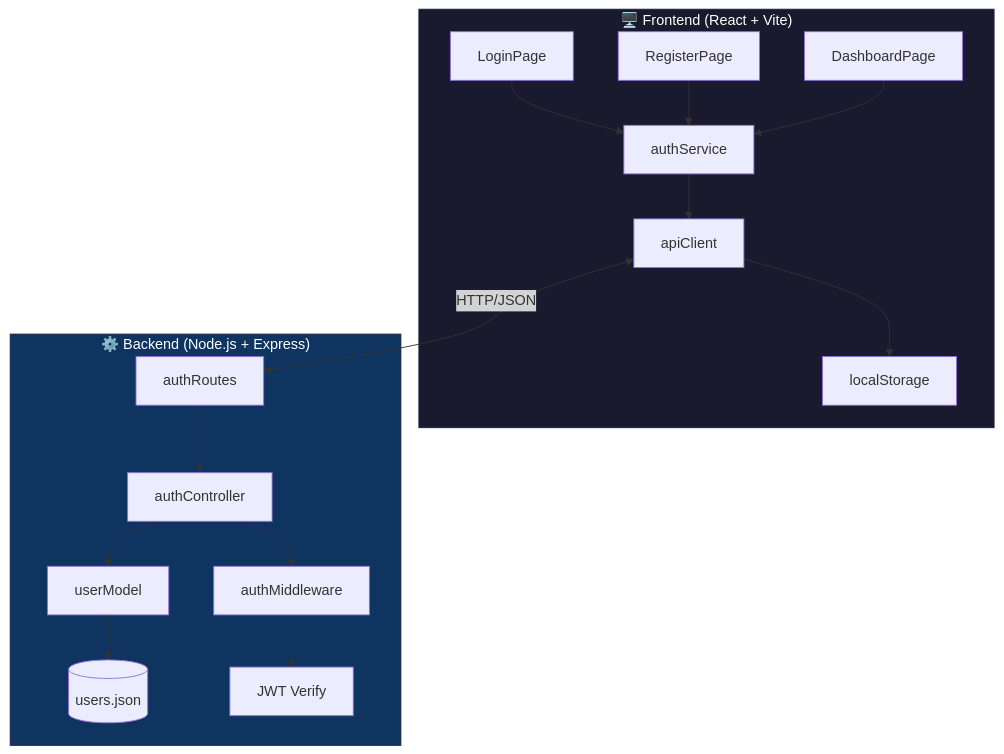
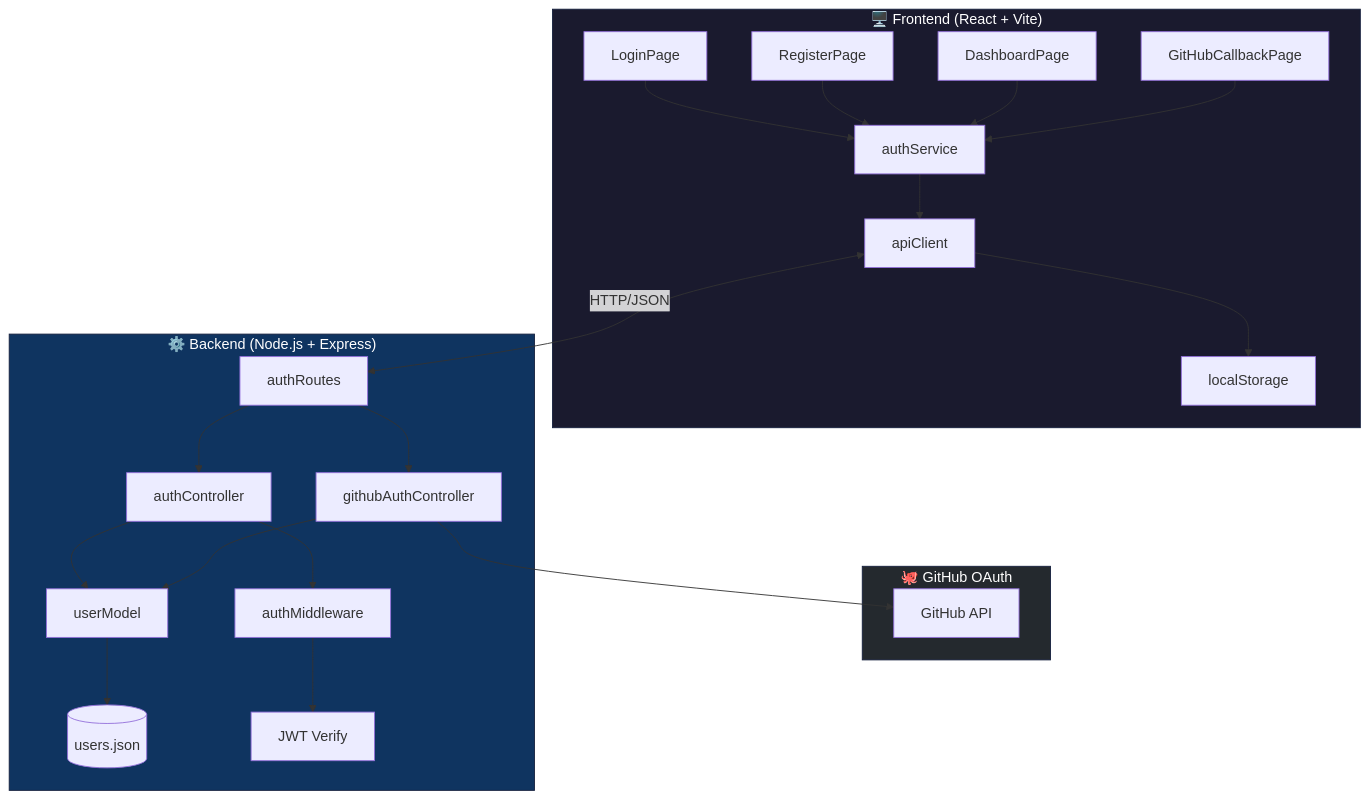
One commit to RodrigoSanchezDev/password-agencia-viajes-oeste-frontend-react-vite-auth changed the first of 3 diagrams in README.md. Above: the diagram before and after it, drawn with Mermaid. The commit also changed other lines of this file and 23 other files, not shown here.

First line of the commit message:
feat: integración GitHub OAuth 2.0

````diff
--- a/README.md
+++ b/README.md
@@ -81,23 +82,32 @@
 ```mermaid
 graph TB
     subgraph Cliente["🖥️ Frontend (React + Vite)"]
         A[LoginPage] --> B[authService]
         C[RegisterPage] --> B
         D[DashboardPage] --> B
+        GH[GitHubCallbackPage] --> B
         B --> E[apiClient]
         E --> F[localStorage]
     end
     
+    subgraph OAuth["🐙 GitHub OAuth"]
+        O[GitHub API]
+    end
+    
     subgraph Servidor["⚙️ Backend (Node.js + Express)"]
         G[authRoutes] --> H[authController]
+        G --> HC[githubAuthController]
         H --> I[authMiddleware]
         H --> J[userModel]
+        HC --> J
+        HC --> O
         J --> K[(users.json)]
         I --> L[JWT Verify]
     end
     
     E <-->|HTTP/JSON| G
     
     style Cliente fill:#1a1a2e,stroke:#16213e,color:#fff
     style Servidor fill:#0f3460,stroke:#16213e,color:#fff
+    style OAuth fill:#24292e,stroke:#16213e,color:#fff
 ```
````
